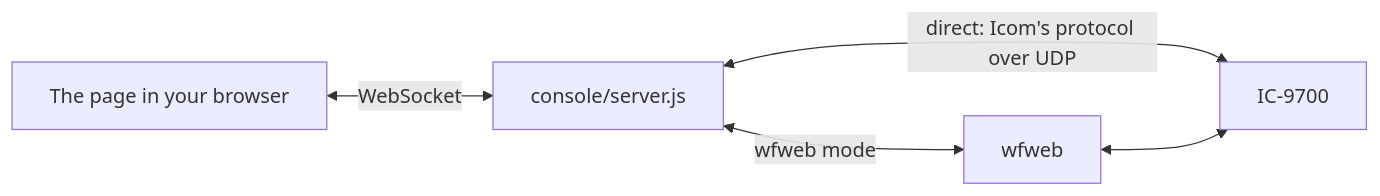
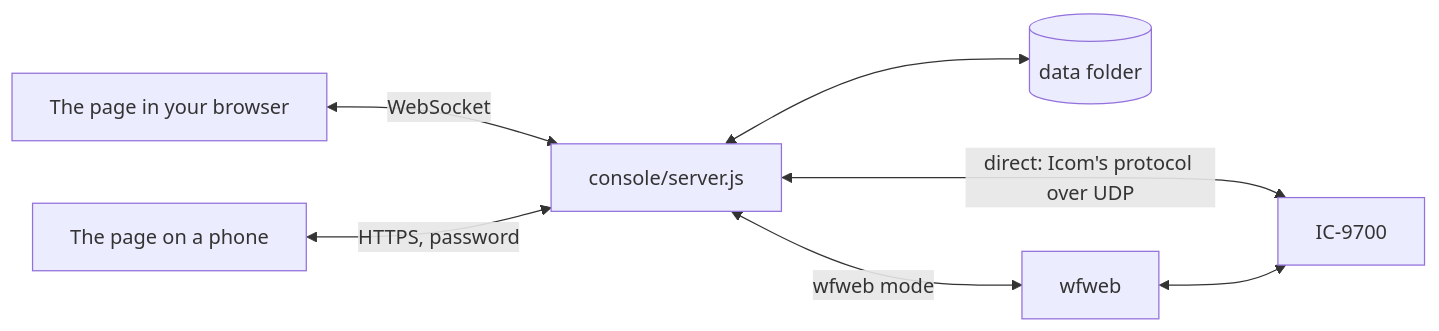
The diagram in README.md (prolonginc/ic9700-web-console), drawn with Mermaid before and after one commit. The commit also changed other lines of this file and 47 other files, not shown here.

````diff
--- a/README.md
+++ b/README.md
@@ -248,11 +400,15 @@
 ```mermaid
 flowchart LR
   page["The page in your browser"]
+  phone["The page on a phone"]
   server["console/server.js"]
+  data[("data folder")]
   wfweb["wfweb"]
   radio["IC-9700"]
   page <-- "WebSocket" --> server
+  phone <-- "HTTPS, password" --> server
+  server <--> data
   server <-- "direct: Icom's protocol over UDP" --> radio
   server <-- "wfweb mode" --> wfweb
   wfweb <--> radio
 ```
````
